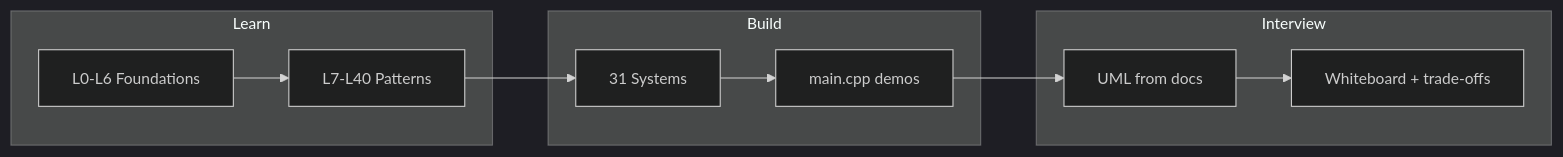
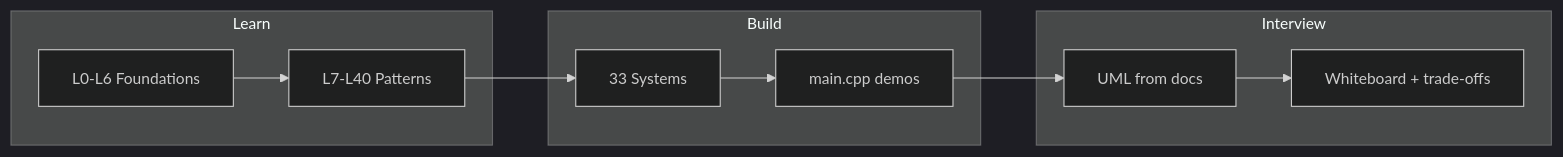
One commit to subhm2004/LLD changed the first of 3 diagrams in README.md. Above: the diagram before and after it, drawn with Mermaid. The commit also changed other lines of this file and 53 other files, not shown here.

````diff
--- a/README.md
+++ b/README.md
@@ -27,17 +27,17 @@
 ```mermaid
 %%{init: {'theme': 'dark', 'themeVariables': { 'fontSize': '14px'}}}%%
 flowchart LR
     subgraph learn [Learn]
         A[L0-L6 Foundations]
         B[L7-L40 Patterns]
     end
     subgraph build [Build]
-        C[31 Systems]
+        C[33 Systems]
         D[main.cpp demos]
     end
     subgraph ship [Interview]
         E[UML from docs]
         F[Whiteboard + trade-offs]
     end
     A --> B --> C --> D --> E --> F
 ```
````
